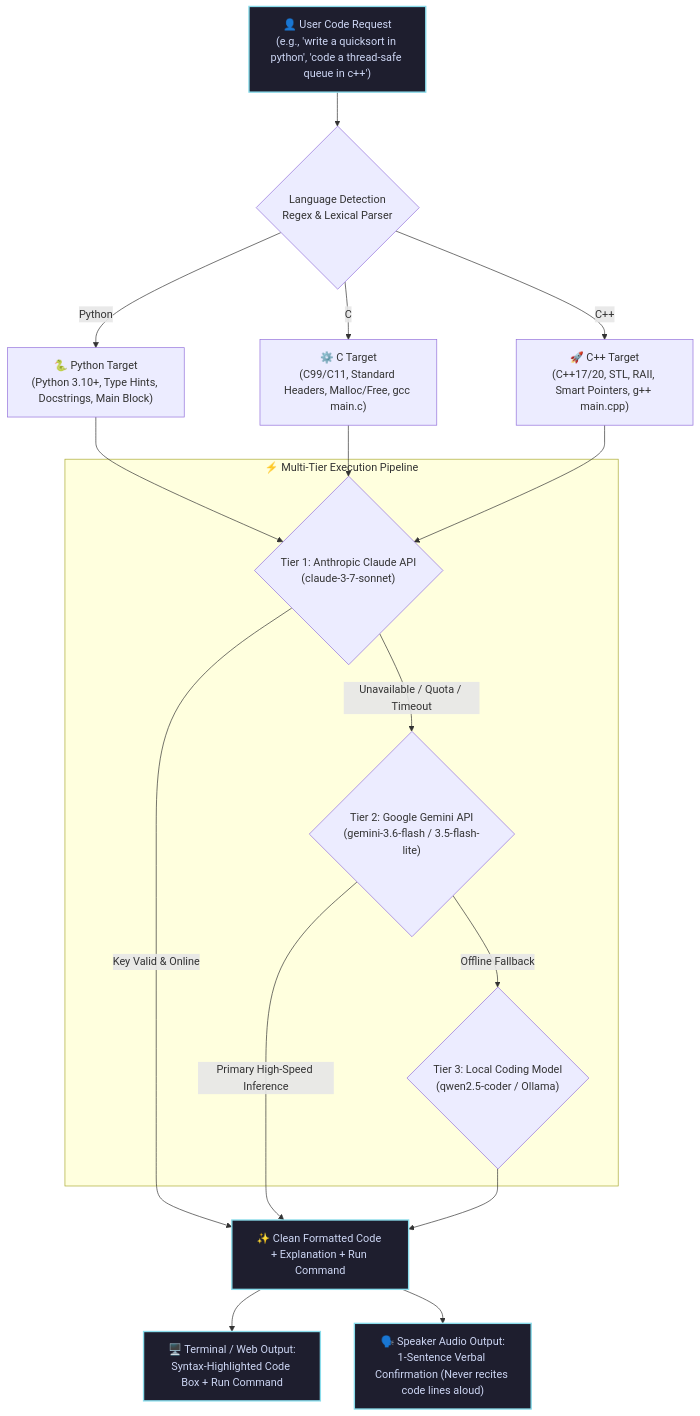
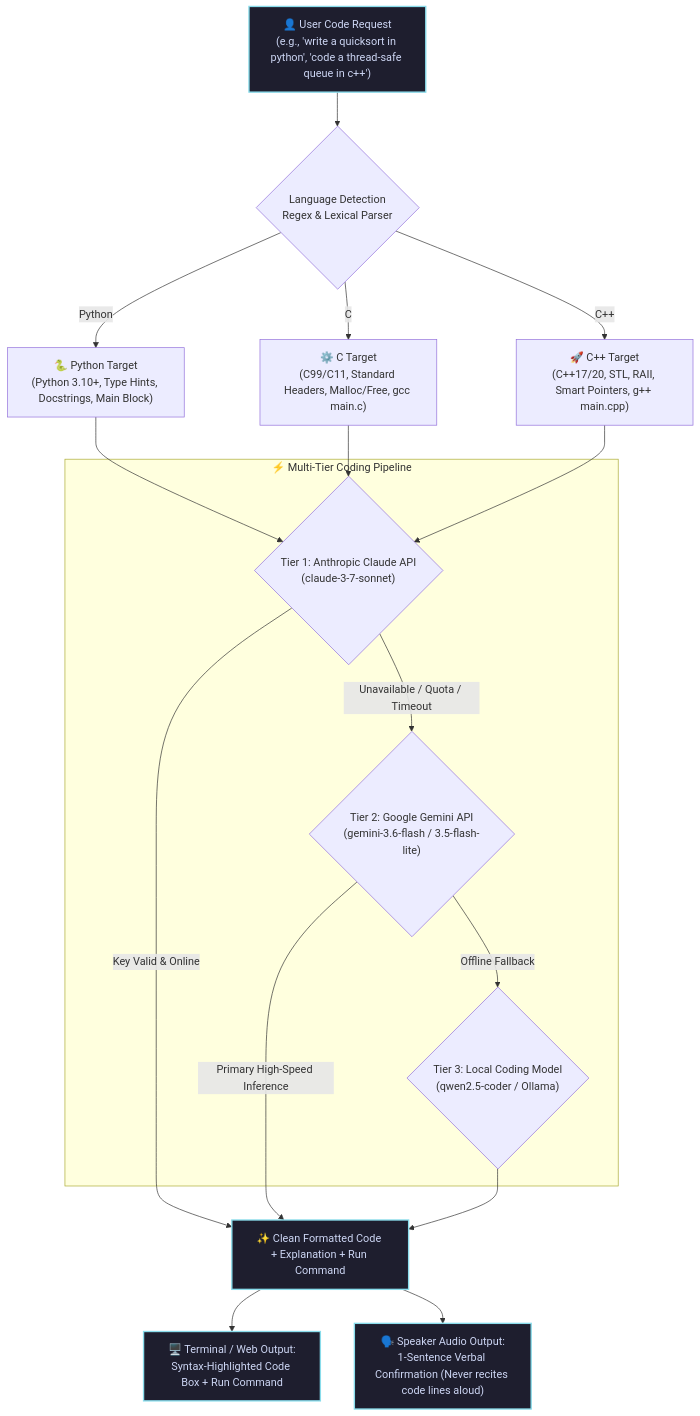
One commit to ashwintelangstark/january.systems changed the fourth of 7 diagrams in README.md. Above: the diagram before and after it, drawn with Mermaid. The commit also changed other lines of this file, not shown here.

Commit message:
docs: document computer vision, face recognition, and multi-tier fallback engine in README

````diff
--- a/README.md
+++ b/README.md
@@ -69,30 +159,30 @@
 ```mermaid
 flowchart TD
     A["👤 User Code Request<br/>(e.g., 'write a quicksort in python', 'code a thread-safe queue in c++')"] --> B{"Language Detection<br/>Regex & Lexical Parser"}
     
     B -->|"Python"| LP["🐍 Python Target<br/>(Python 3.10+, Type Hints, Docstrings, Main Block)"]
     B -->|"C"| LC["⚙️ C Target<br/>(C99/C11, Standard Headers, Malloc/Free, gcc main.c)"]
     B -->|"C++"| LCPP["🚀 C++ Target<br/>(C++17/20, STL, RAII, Smart Pointers, g++ main.cpp)"]
 
     LP --> T1
     LC --> T1
     LCPP --> T1
 
-    subgraph Pipeline ["⚡ Multi-Tier Execution Pipeline"]
+    subgraph Pipeline ["⚡ Multi-Tier Coding Pipeline"]
         T1{"Tier 1: Anthropic Claude API<br/>(claude-3-7-sonnet)"}
         T2{"Tier 2: Google Gemini API<br/>(gemini-3.6-flash / 3.5-flash-lite)"}
         T3{"Tier 3: Local Coding Model<br/>(qwen2.5-coder / Ollama)"}
     end
 
     T1 -->|"Key Valid & Online"| RES["✨ Clean Formatted Code + Explanation + Run Command"]
     T1 -->|"Unavailable / Quota / Timeout"| T2
     T2 -->|"Primary High-Speed Inference"| RES
     T2 -->|"Offline Fallback"| T3
     T3 --> RES
 
     RES --> OUT1["🖥️ Terminal / Web Output:<br/>Syntax-Highlighted Code Box + Run Command"]
     RES --> OUT2["🗣️ Speaker Audio Output:<br/>1-Sentence Verbal Confirmation (Never recites code lines aloud)"]
 
     classDef codeNode fill:#1e1e2e,stroke:#89dceb,stroke-width:2px,color:#cdd6f4;
     class A,RES,OUT1,OUT2 codeNode;
 ```
````
